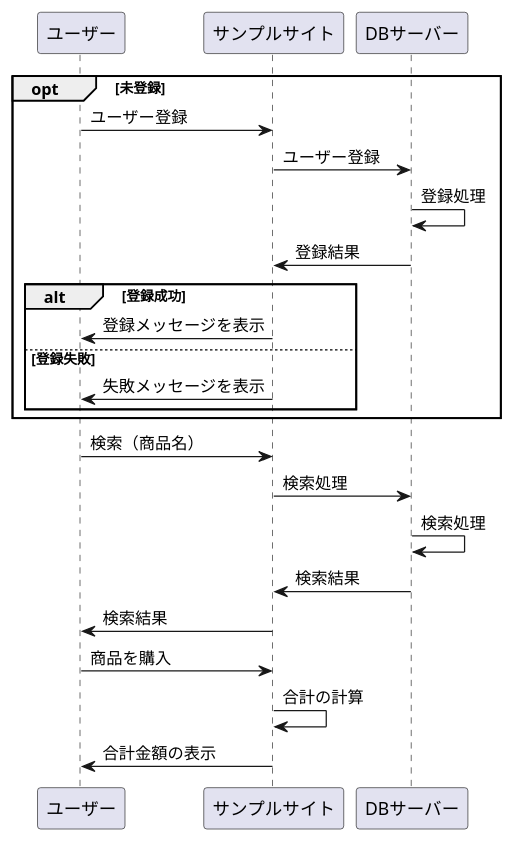
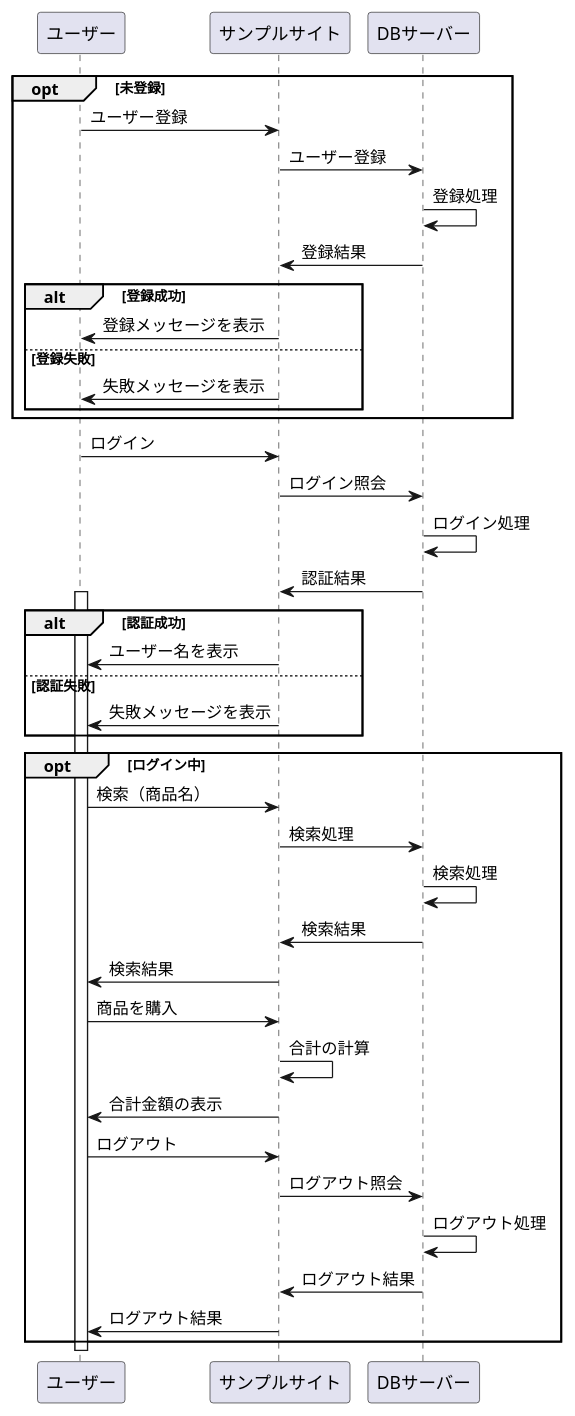
The diagram in 8_02.md (Aso2001140/2012sys-design), drawn with PlantUML before and after one commit.

````diff
--- a/8_02.md
+++ b/8_02.md
@@ -1,29 +1,54 @@
 ```uml
 @startuml
 
 opt 未登録
 ユーザー -> サンプルサイト : ユーザー登録
 サンプルサイト -> DBサーバー : ユーザー登録
 DBサーバー -> DBサーバー : 登録処理
 DBサーバー -> サンプルサイト : 登録結果
 
 alt 登録成功
 サンプルサイト -> ユーザー : 登録メッセージを表示
 else 登録失敗
 サンプルサイト -> ユーザー : 失敗メッセージを表示
 
 end
 end
 
+ユーザー -> サンプルサイト : ログイン
+サンプルサイト -> DBサーバー : ログイン照会
+DBサーバー -> DBサーバー : ログイン処理
+DBサーバー -> サンプルサイト : 認証結果
+
+activate ユーザー
+alt 認証成功
+サンプルサイト -> ユーザー : ユーザー名を表示
+else 認証失敗
+サンプルサイト -> ユーザー : 失敗メッセージを表示
+end
+
+opt ログイン中
+
 
 ユーザー -> サンプルサイト : 検索（商品名）
 サンプルサイト -> DBサーバー : 検索処理
 DBサーバー -> DBサーバー : 検索処理
 DBサーバー -> サンプルサイト : 検索結果
 サンプルサイト -> ユーザー : 検索結果
 
 ユーザー -> サンプルサイト : 商品を購入
 サンプルサイト -> サンプルサイト : 合計の計算
 サンプルサイト -> ユーザー : 合計金額の表示
+
+ユーザー -> サンプルサイト : ログアウト
+サンプルサイト -> DBサーバー : ログアウト照会
+DBサーバー -> DBサーバー : ログアウト処理
+DBサーバー -> サンプルサイト : ログアウト結果
+サンプルサイト -> ユーザー : ログアウト結果
+end
+
+deactivate ユーザー
+
+
 @enduml
 ```
````
